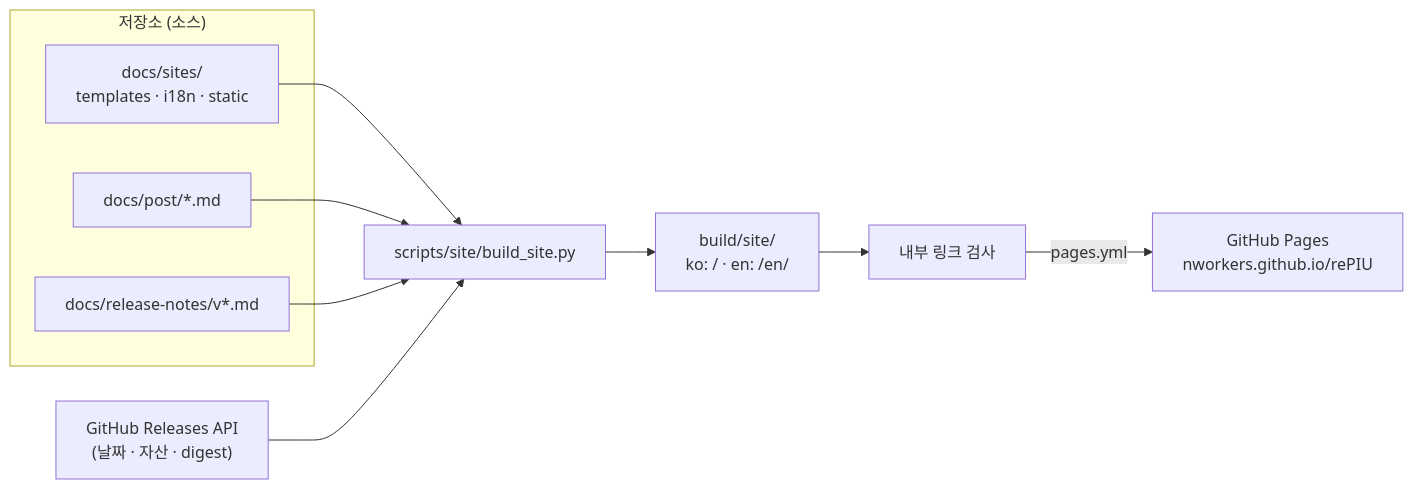
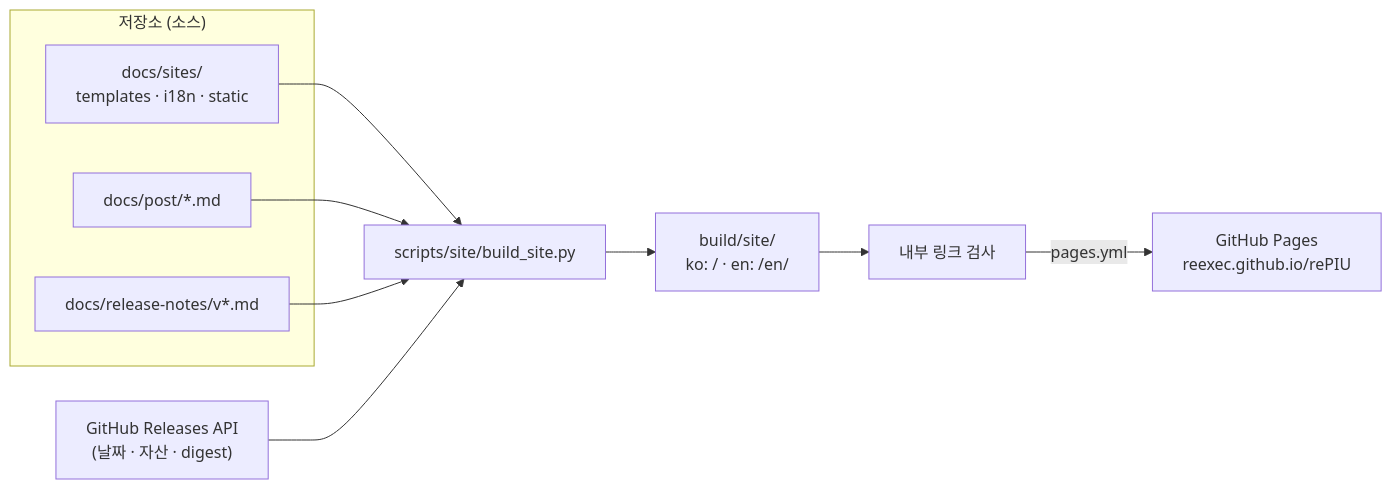
Before and after one commit to nworkers/rePIU: the first of 3 diagrams in docs/design/20260928-756-github-pages-site.md, drawn with Mermaid. The commit also changed other lines of this file and 36 other files, not shown here.

First line of the commit message:
Point repository and site links at reexec/rePIU (#42)

````diff
--- a/docs/design/20260928-756-github-pages-site.md
+++ b/docs/design/20260928-756-github-pages-site.md
@@ -27,19 +27,19 @@
 ```mermaid
 flowchart LR
     subgraph src["저장소 (소스)"]
         SITE["docs/sites/<br/>templates · i18n · static"]
         POST["docs/post/*.md"]
         NOTES["docs/release-notes/v*.md"]
     end
     API["GitHub Releases API<br/>(날짜 · 자산 · digest)"]
     BUILD["scripts/site/build_site.py"]
     OUT["build/site/<br/>ko: / · en: /en/"]
     CHECK["내부 링크 검사"]
-    PAGES["GitHub Pages<br/>nworkers.github.io/rePIU"]
+    PAGES["GitHub Pages<br/>reexec.github.io/rePIU"]
 
     SITE --> BUILD
     POST --> BUILD
     NOTES --> BUILD
     API --> BUILD
     BUILD --> OUT --> CHECK -->|pages.yml| PAGES
 ```
````
